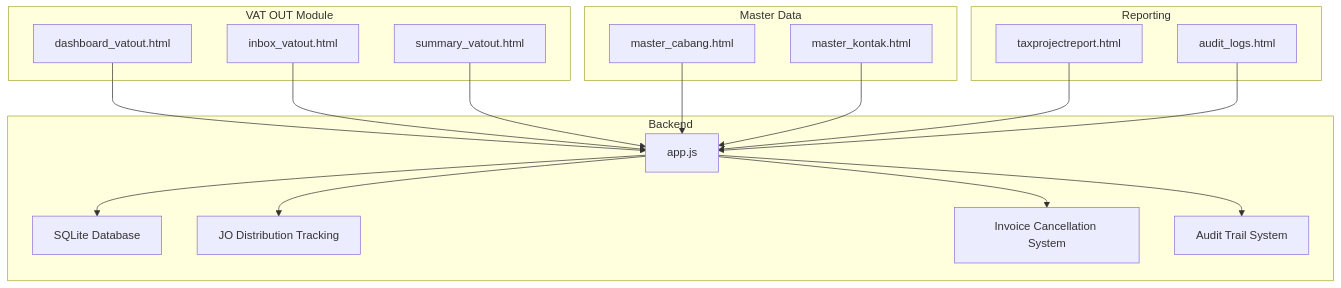
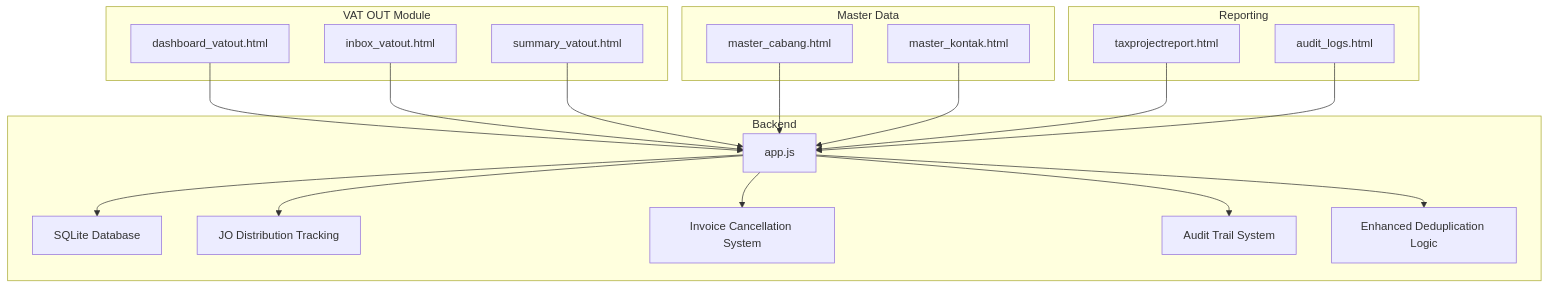
Before and after one commit to rendisiagian/TDS_by_RENDISIAGIAN: the first of 13 diagrams in .qoder/repowiki/en/content/VAT Management System/VAT Output (VAT OUT).md, drawn with Mermaid. The commit also changed other lines of this file and 6 other files, not shown here.

````diff
--- a/.qoder/repowiki/en/content/VAT Management System/VAT Output (VAT OUT).md
+++ b/.qoder/repowiki/en/content/VAT Management System/VAT Output (VAT OUT).md
@@ -44,34 +44,36 @@
 ```mermaid
 graph TB
 subgraph "VAT OUT Module"
 DSH["dashboard_vatout.html"]
 INBX["inbox_vatout.html"]
 SMRY["summary_vatout.html"]
 end
 subgraph "Backend"
 APP["app.js"]
 DB["SQLite Database"]
 JO_TRACK["JO Distribution Tracking"]
 CANCEL["Invoice Cancellation System"]
 AUDIT["Audit Trail System"]
+DEDUP["Enhanced Deduplication Logic"]
 end
 subgraph "Master Data"
 MC["master_cabang.html"]
 MK["master_kontak.html"]
 end
 subgraph "Reporting"
 TPR["taxprojectreport.html"]
 AL["audit_logs.html"]
 end
 DSH --> APP
 INBX --> APP
 SMRY --> APP
 APP --> DB
 APP --> JO_TRACK
 APP --> CANCEL
 APP --> AUDIT
+APP --> DEDUP
 MC --> APP
 MK --> APP
 TPR --> APP
 AL --> APP
 ```
````
